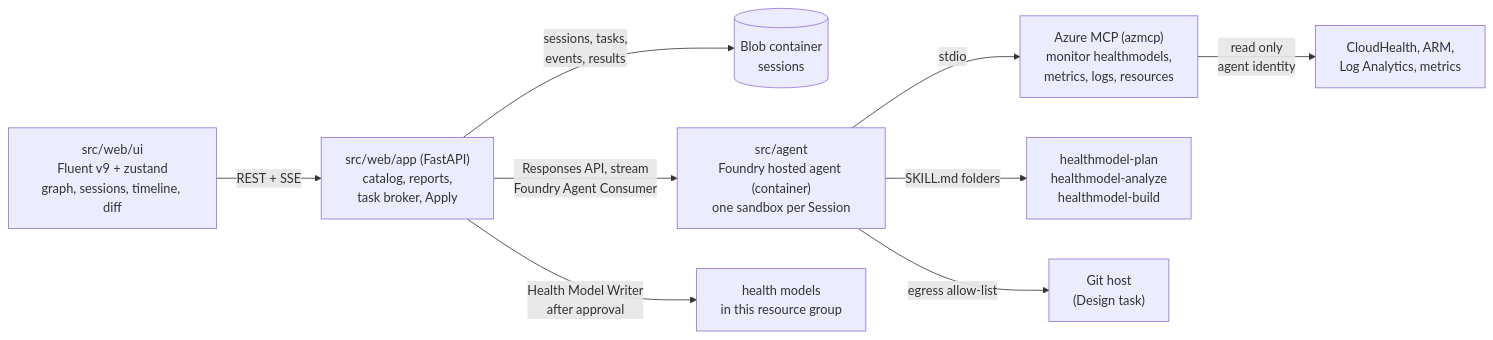
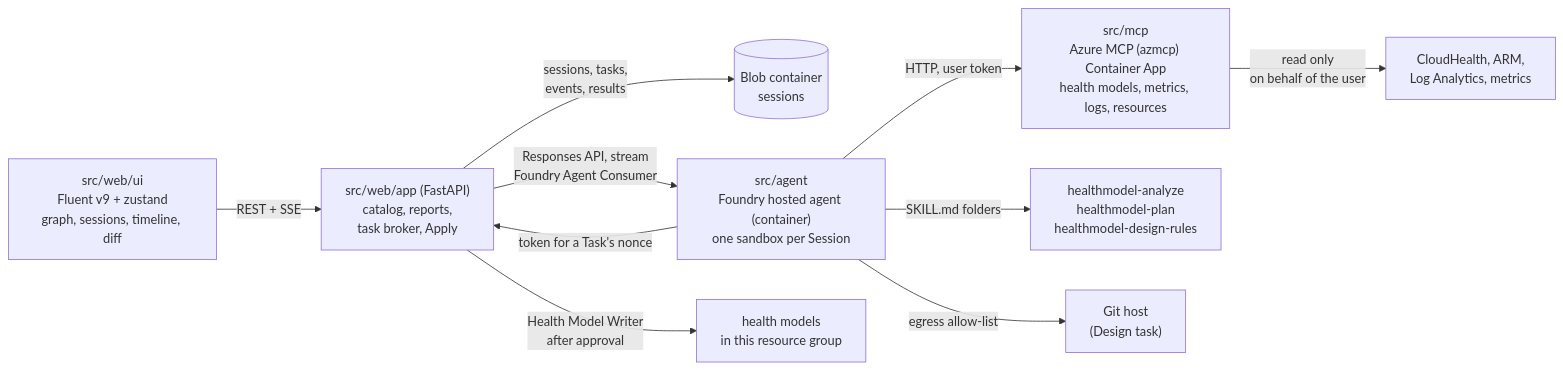
One commit to abossard/ahm-model-demo changed the first of 2 diagrams in docs/redesign/plan.md. Above: the diagram before and after it, drawn with Mermaid. The commit also changed other lines of this file and 321 other files, not shown here.

````diff
--- a/docs/redesign/plan.md
+++ b/docs/redesign/plan.md
@@ -10,11 +10,12 @@
 ```mermaid
 flowchart LR
   UI["src/web/ui<br/>Fluent v9 + zustand<br/>graph, sessions, timeline, diff"] -->|"REST + SSE"| WEB["src/web/app (FastAPI)<br/>catalog, reports,<br/>task broker, Apply"]
   WEB -->|"sessions, tasks,<br/>events, results"| BLOB[("Blob container<br/>sessions")]
   WEB -->|"Responses API, stream<br/>Foundry Agent Consumer"| HA["src/agent<br/>Foundry hosted agent (container)<br/>one sandbox per Session"]
-  HA -->|"stdio"| MCP["Azure MCP (azmcp)<br/>monitor healthmodels,<br/>metrics, logs, resources"]
-  HA -->|"SKILL.md folders"| SK["healthmodel-plan<br/>healthmodel-analyze<br/>healthmodel-build"]
-  MCP -->|"read only<br/>agent identity"| AZ["CloudHealth, ARM,<br/>Log Analytics, metrics"]
+  HA -->|"HTTP, user token"| MCP["src/mcp<br/>Azure MCP (azmcp) Container App<br/>health models, metrics, logs, resources"]
+  HA -->|"token for a Task's nonce"| WEB
+  HA -->|"SKILL.md folders"| SK["healthmodel-analyze<br/>healthmodel-plan<br/>healthmodel-design-rules"]
+  MCP -->|"read only<br/>on behalf of the user"| AZ["CloudHealth, ARM,<br/>Log Analytics, metrics"]
   HA -->|"egress allow-list"| GIT["Git host<br/>(Design task)"]
   WEB -->|"Health Model Writer<br/>after approval"| HM["health models<br/>in this resource group"]
 ```
````
